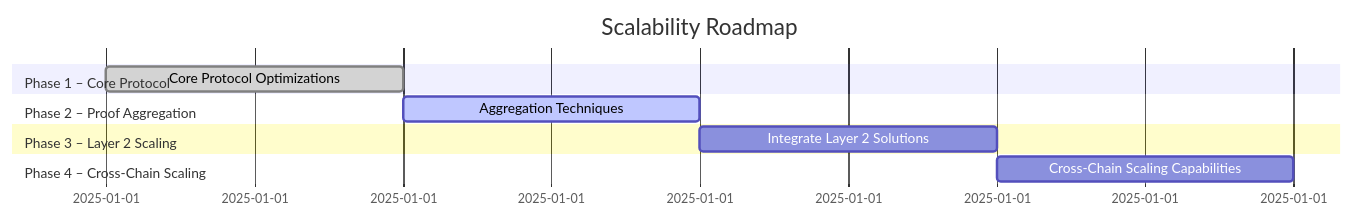
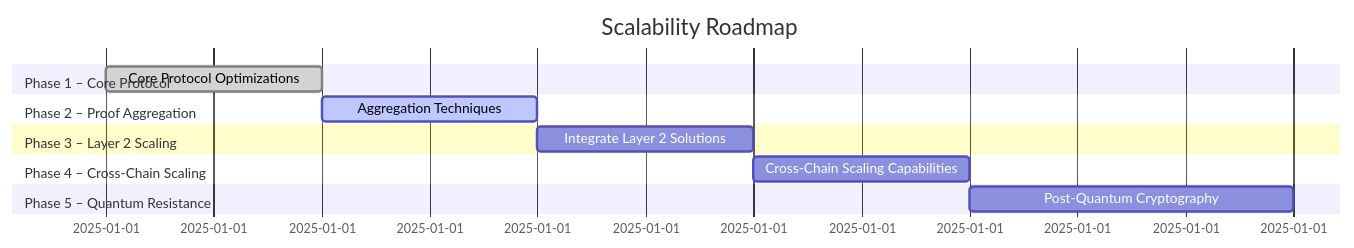
The tenth of 10 diagrams in docs/Technical Deep-Dive/architecture.md (zkvote/zkVote), drawn with Mermaid before and after one commit. The commit also changed other lines of this file and 32 other files, not shown here.

````diff
--- a/docs/Technical Deep-Dive/architecture.md
+++ b/docs/Technical Deep-Dive/architecture.md
@@ -669,13 +759,15 @@
 ```mermaid
 gantt
     title Scalability Roadmap
     dateFormat  YYYY-MM
     section Phase 1 – Core Protocol
       Core Protocol Optimizations      :done,    phase1, 2025-01, 2m
     section Phase 2 – Proof Aggregation
       Aggregation Techniques           :active,  phase2, after phase1, 2m
-    section Phase 3 – Layer 2 Scaling
-      Integrate Layer 2 Solutions      :         phase3, after phase2, 2m
+    section Phase 3 – Layer 2 Scaling
+      Integrate Layer 2 Solutions      :         phase3, after phase2, 2m
     section Phase 4 – Cross‑Chain Scaling
       Cross‑Chain Scaling Capabilities :         phase4, after phase3, 2m
+    section Phase 5 – Quantum Resistance
+      Post-Quantum Cryptography        :         phase5, after phase4, 3m
 ```
````
